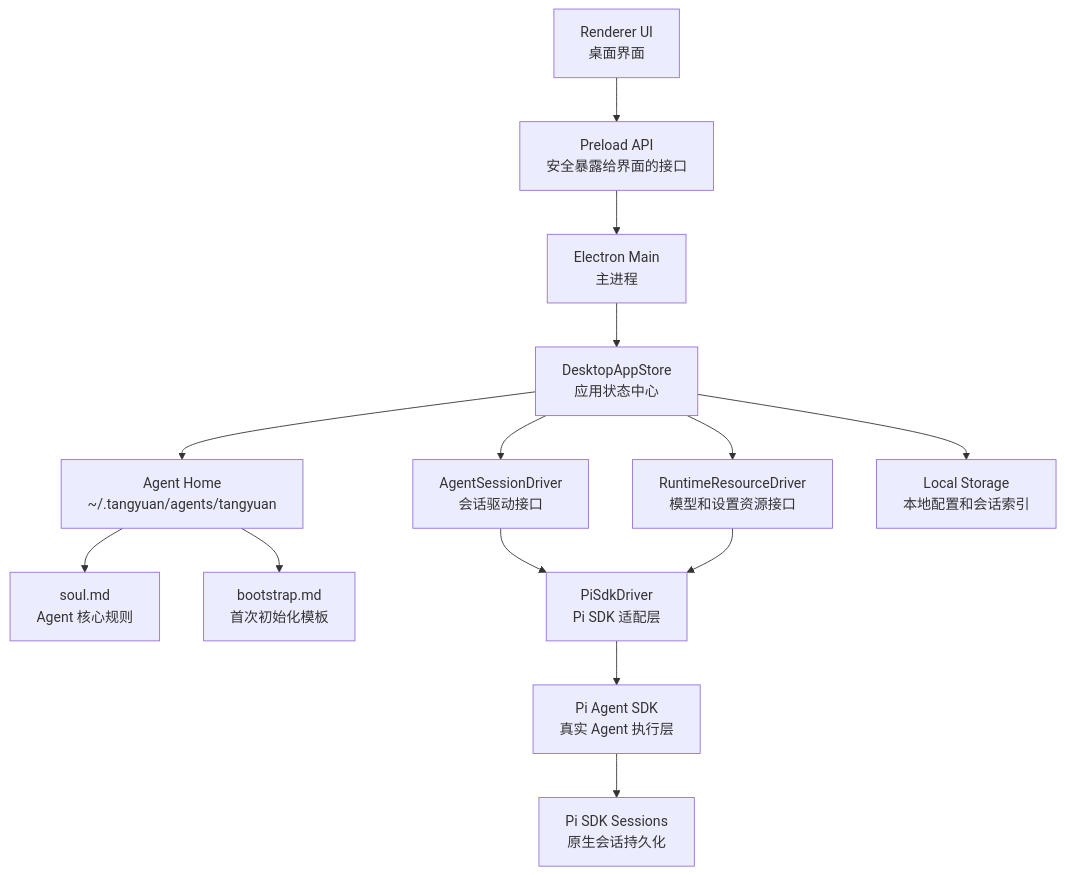
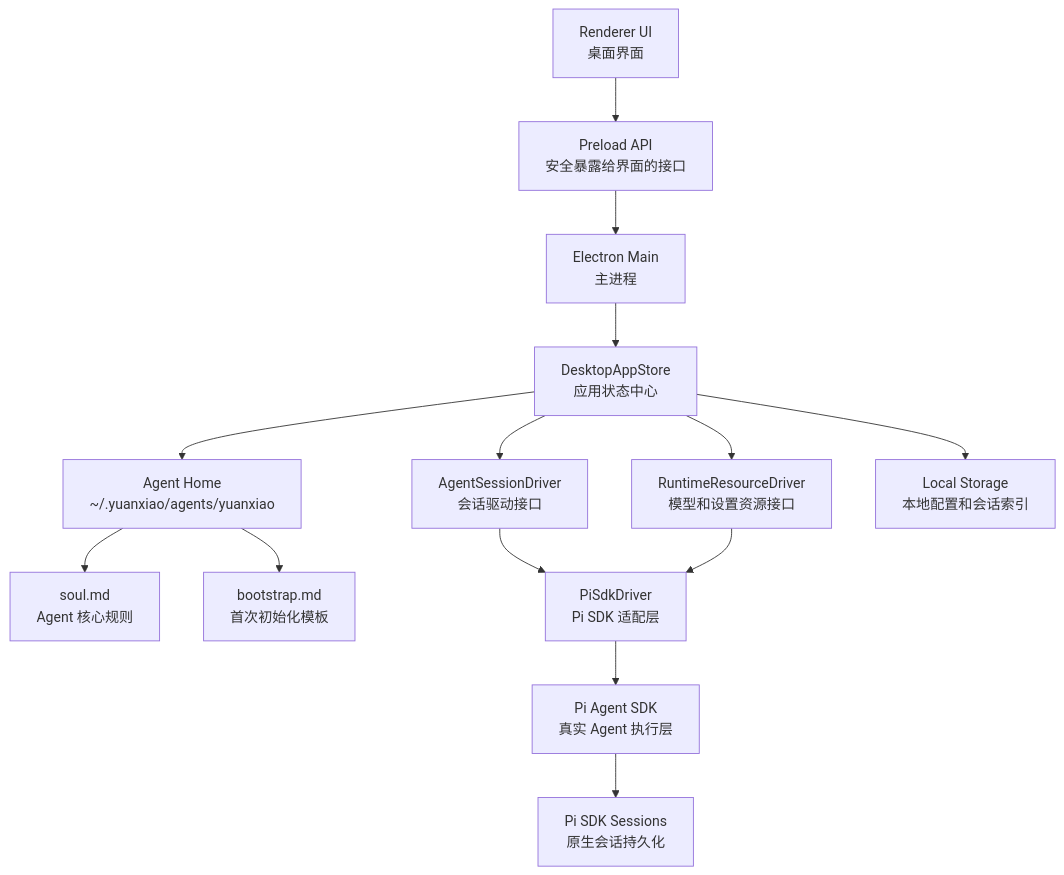
The diagram in docs/mvp-roadmap.md (GoetheDady/tangyuan), drawn with Mermaid before and after one commit. The commit also changed other lines of this file and 192 other files, not shown here.

````diff
--- a/docs/mvp-roadmap.md
+++ b/docs/mvp-roadmap.md
@@ -90,16 +90,16 @@
 ```mermaid
 flowchart TD
   UI["Renderer UI<br/>桌面界面"] --> Preload["Preload API<br/>安全暴露给界面的接口"]
   Preload --> Main["Electron Main<br/>主进程"]
   Main --> AppStore["DesktopAppStore<br/>应用状态中心"]
-  AppStore --> AgentHome["Agent Home<br/>~/.tangyuan/agents/tangyuan"]
+  AppStore --> AgentHome["Agent Home<br/>~/.yuanxiao/agents/yuanxiao"]
   AgentHome --> Soul["soul.md<br/>Agent 核心规则"]
   AgentHome --> Bootstrap["bootstrap.md<br/>首次初始化模板"]
   AppStore --> SessionDriver["AgentSessionDriver<br/>会话驱动接口"]
   AppStore --> RuntimeDriver["RuntimeResourceDriver<br/>模型和设置资源接口"]
   SessionDriver --> PiDriver["PiSdkDriver<br/>Pi SDK 适配层"]
   RuntimeDriver --> PiDriver
   PiDriver --> PiSDK["Pi Agent SDK<br/>真实 Agent 执行层"]
   AppStore --> Storage["Local Storage<br/>本地配置和会话索引"]
   PiSDK --> SdkSessions["Pi SDK Sessions<br/>原生会话持久化"]
 ```
````
